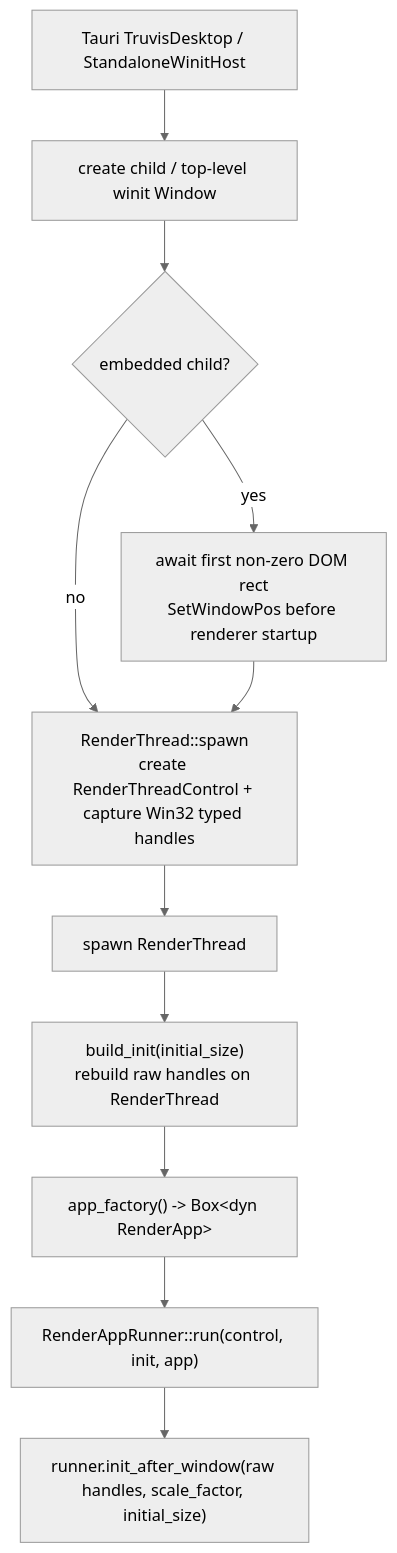
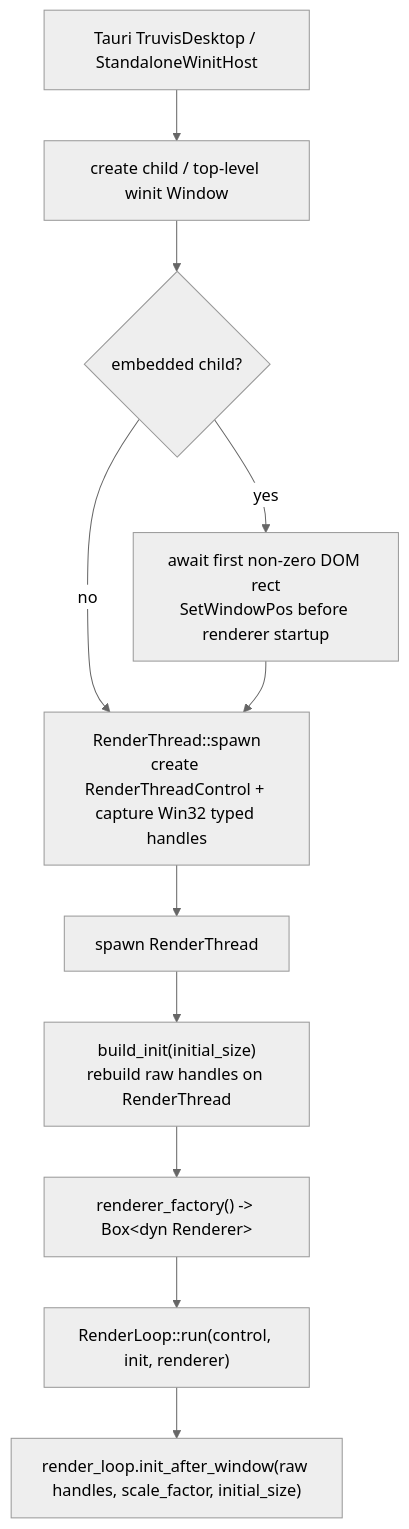
One commit to acccoco/TruvisRenderer changed the second of 5 diagrams in docs/summaries/frame-lifecycle.md. Above: the diagram before and after it, drawn with Mermaid (neutral theme). The commit also changed other lines of this file and 102 other files, not shown here.

Commit message:
[update/refactor] 统一 Renderer 与 RenderLoop 命名

````diff
--- a/docs/summaries/frame-lifecycle.md
+++ b/docs/summaries/frame-lifecycle.md
@@ -51,13 +51,13 @@
 ```mermaid
 flowchart TD
     Entry["Tauri TruvisDesktop / StandaloneWinitHost"] --> CreateWindow["create child / top-level winit Window"]
     CreateWindow --> InitialSize{"embedded child?"}
     InitialSize -->|"yes"| AwaitDom["await first non-zero DOM rect<br/>SetWindowPos before renderer startup"]
     InitialSize -->|"no"| ThreadOwner["RenderThread::spawn<br/>create RenderThreadControl + capture Win32 typed handles"]
     AwaitDom --> ThreadOwner
     ThreadOwner --> SpawnThread["spawn RenderThread"]
     SpawnThread --> BuildInit["build_init(initial_size)<br/>rebuild raw handles on RenderThread"]
-    BuildInit --> AppFactory["app_factory() -> Box&lt;dyn RenderApp&gt;"]
-    AppFactory --> Runner["RenderAppRunner::run(control, init, app)"]
-    Runner --> InitAfterWindow["runner.init_after_window(raw handles, scale_factor, initial_size)"]
+    BuildInit --> RendererFactory["renderer_factory() -> Box&lt;dyn Renderer&gt;"]
+    RendererFactory --> RenderLoop["RenderLoop::run(control, init, renderer)"]
+    RenderLoop --> InitAfterWindow["render_loop.init_after_window(raw handles, scale_factor, initial_size)"]
 ```
````
